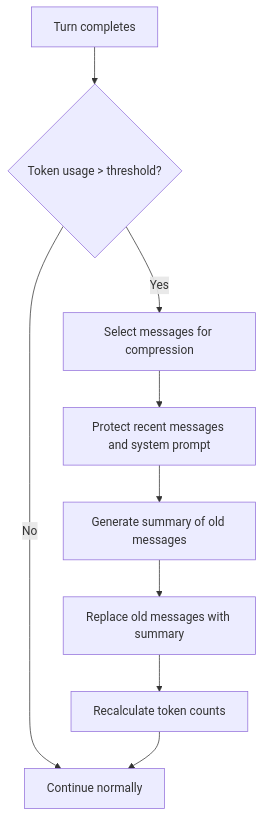
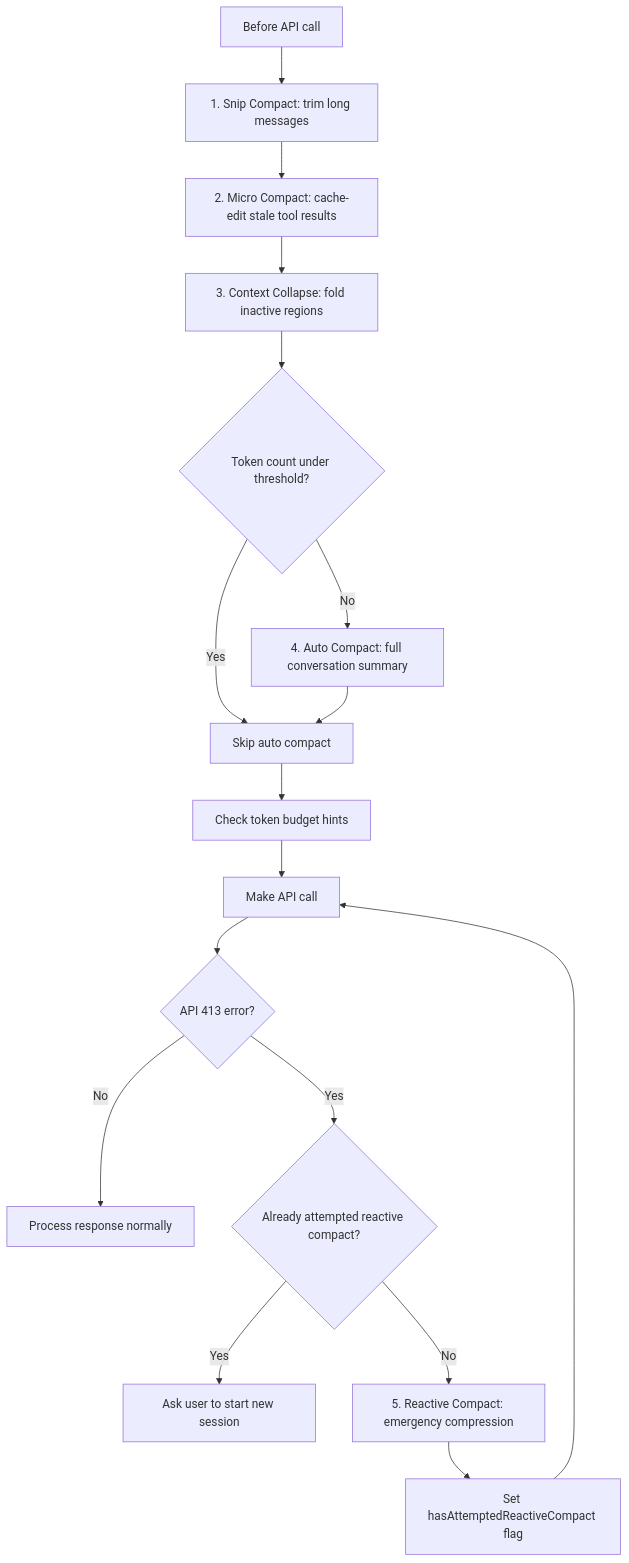
One commit to tiltwind/claude-code-doc changed the diagram in prd/procedures/core/conversation/procedure-message-compaction.md. Above: the diagram before and after it, drawn with Mermaid. The commit also changed other lines of this file and 16 other files, not shown here.

````diff
--- a/prd/procedures/core/conversation/procedure-message-compaction.md
+++ b/prd/procedures/core/conversation/procedure-message-compaction.md
@@ -60,11 +83,19 @@
 ```mermaid
 flowchart TD
-    A[Turn completes] --> B{Token usage > threshold?}
-    B -->|No| C[Continue normally]
-    B -->|Yes| D[Select messages for compression]
-    D --> E[Protect recent messages and system prompt]
-    E --> F[Generate summary of old messages]
-    F --> G[Replace old messages with summary]
-    G --> H[Recalculate token counts]
-    H --> C
+    A[Before API call] --> B[1. Snip Compact: trim long messages]
+    B --> C[2. Micro Compact: cache-edit stale tool results]
+    C --> D[3. Context Collapse: fold inactive regions]
+    D --> E{Token count under threshold?}
+    E -->|Yes| F[Skip auto compact]
+    E -->|No| G[4. Auto Compact: full conversation summary]
+    G --> F
+    F --> H[Check token budget hints]
+    H --> I[Make API call]
+    I --> J{API 413 error?}
+    J -->|No| K[Process response normally]
+    J -->|Yes| L{Already attempted reactive compact?}
+    L -->|Yes| M[Ask user to start new session]
+    L -->|No| N[5. Reactive Compact: emergency compression]
+    N --> O[Set hasAttemptedReactiveCompact flag]
+    O --> I
 ```
````
